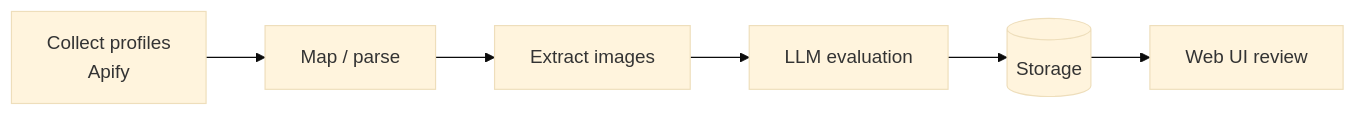
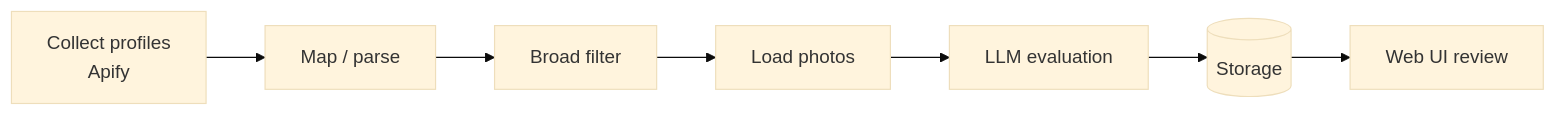
Before and after one commit to EduardoDSarno/linkedlnhelper-lead-filtering: the diagram in README.md, drawn with Mermaid (base theme). The commit also changed other lines of this file and 1 other file, not shown here.

````diff
--- a/README.md
+++ b/README.md
@@ -35,8 +35,9 @@
   ```mermaid
   flowchart LR
       A[Collect profiles<br/>Apify] --> B[Map / parse]
-      B --> C[Extract images]
-      C --> D[LLM evaluation]
-      D --> E[(Storage)]
-      E --> F[Web UI review]
+      B --> C[Broad filter]
+      C --> D[Load photos]
+      D --> E[LLM evaluation]
+      E --> F[(Storage)]
+      F --> G[Web UI review]
   ```
````
